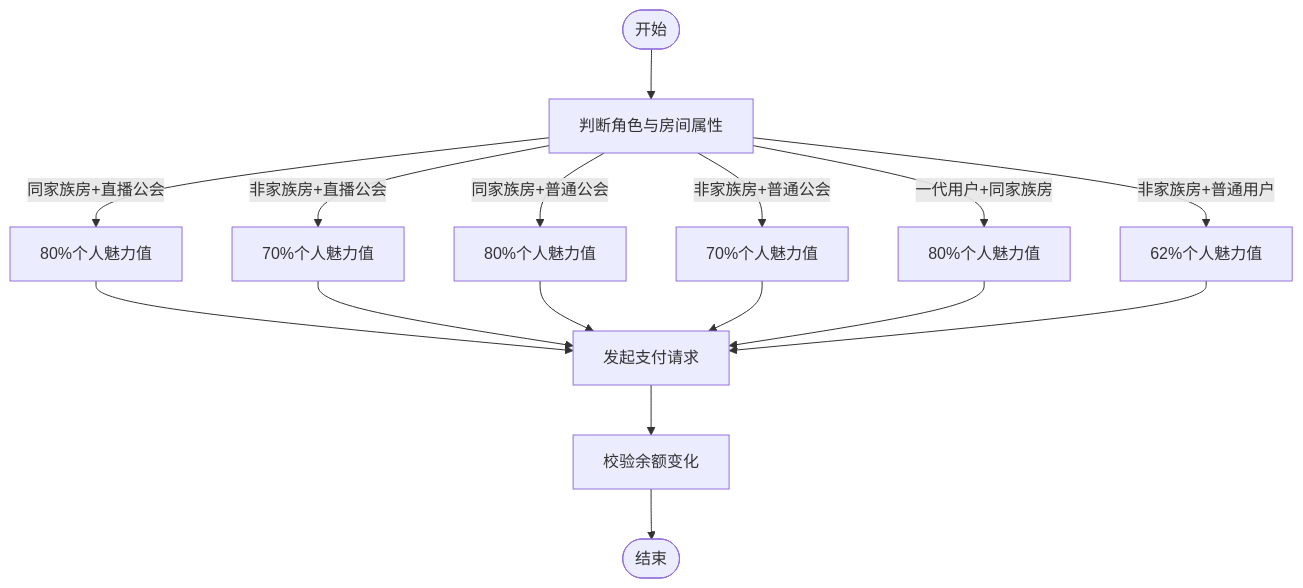
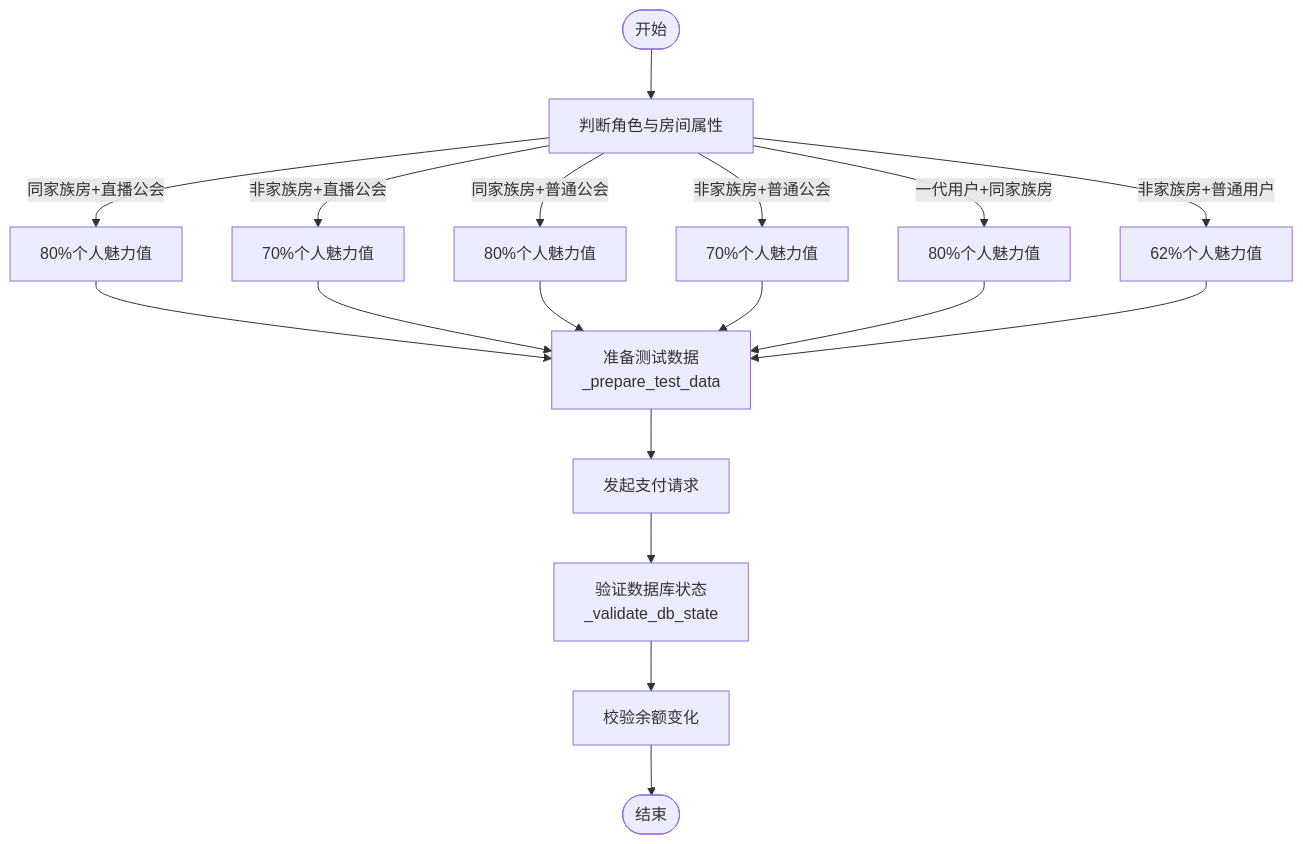
Before and after one commit to liximing1-ola/qa-payTest: the fourth of 8 diagrams in .qoder/repowiki/zh/content/支付测试用例/房间支付测试/房间支付测试.md, drawn with Mermaid. The commit also changed other lines of this file and 103 other files, not shown here.

````diff
--- a/.qoder/repowiki/zh/content/支付测试用例/房间支付测试/房间支付测试.md
+++ b/.qoder/repowiki/zh/content/支付测试用例/房间支付测试/房间支付测试.md
@@ -267,18 +280,20 @@
 ```mermaid
 flowchart TD
 Start(["开始"]) --> Role["判断角色与房间属性"]
 Role --> |同家族房+直播公会| RateA["80%个人魅力值"]
 Role --> |非家族房+直播公会| RateB["70%个人魅力值"]
 Role --> |同家族房+普通公会| RateC["80%个人魅力值"]
 Role --> |非家族房+普通公会| RateD["70%个人魅力值"]
 Role --> |一代用户+同家族房| RateE["80%个人魅力值"]
 Role --> |非家族房+普通用户| RateF["62%个人魅力值"]
-RateA --> Pay["发起支付请求"]
-RateB --> Pay
-RateC --> Pay
-RateD --> Pay
-RateE --> Pay
-RateF --> Pay
-Pay --> Check["校验余额变化"]
+RateA --> Prepare["准备测试数据<br/>_prepare_test_data"]
+RateB --> Prepare
+RateC --> Prepare
+RateD --> Prepare
+RateE --> Prepare
+RateF --> Prepare
+Prepare --> Pay["发起支付请求"]
+Pay --> Validate["验证数据库状态<br/>_validate_db_state"]
+Validate --> Check["校验余额变化"]
 Check --> End(["结束"])
 ```
````
